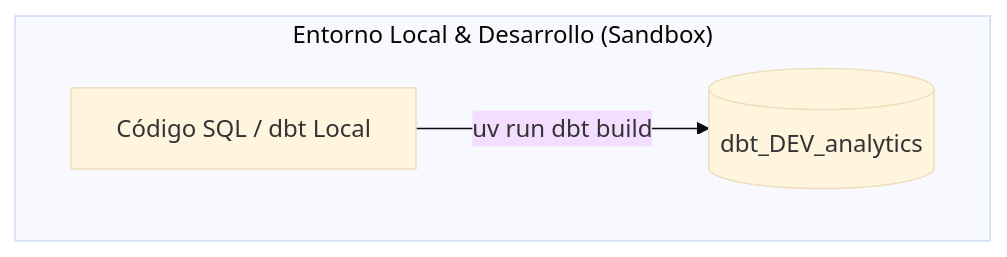
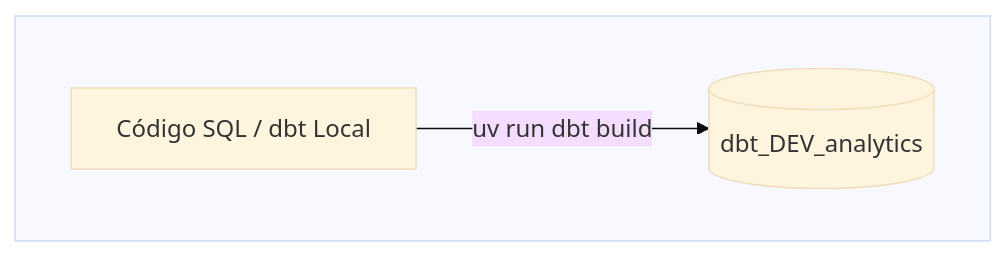
The second of 4 diagrams in README.md (oelasmar/github-events-analytics), drawn with Mermaid (base theme) before and after one commit. The commit also changed other lines of this file and 14 other files, not shown here.

````diff
--- a/README.md
+++ b/README.md
@@ -35,8 +39,8 @@
 ```mermaid
 graph TD
 
 
-    subgraph "Entorno Local & Desarrollo (Sandbox)"
+    subgraph " "
         DEV_CODE[Código SQL / dbt Local] -->|uv run dbt build| LOCAL_DB[( dbt_DEV_analytics)]
     end
 ```
````
